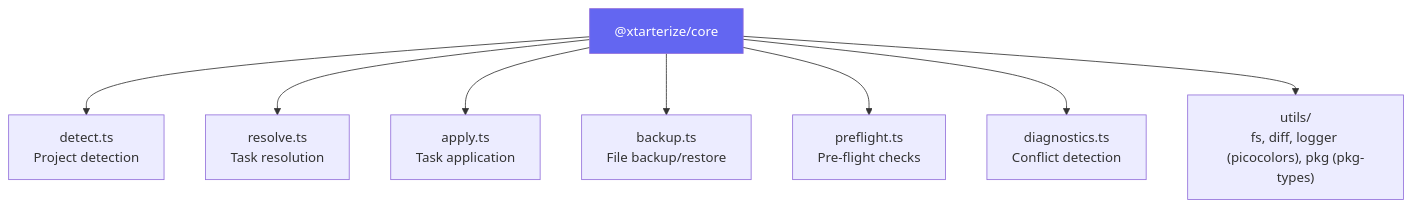
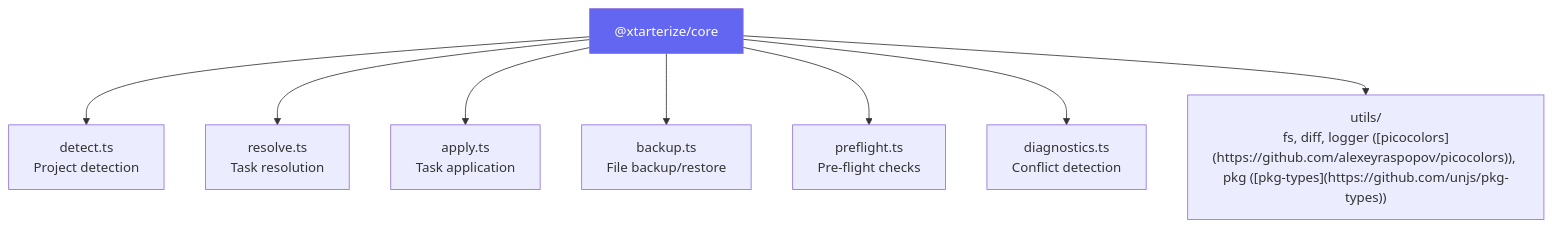
The third of 4 diagrams in apps/docs/src/content/docs/contributing/architecture/overview.mdx (agustinusnathaniel/xtarterize), drawn with Mermaid before and after one commit. The commit also changed other lines of this file and 12 other files, not shown here.

````diff
--- a/apps/docs/src/content/docs/contributing/architecture/overview.mdx
+++ b/apps/docs/src/content/docs/contributing/architecture/overview.mdx
@@ -88,12 +88,12 @@
 ```mermaid
 flowchart TD
     Core["@xtarterize/core"] --> Detect["detect.ts<br/>Project detection"]
     Core --> Resolve["resolve.ts<br/>Task resolution"]
     Core --> Apply["apply.ts<br/>Task application"]
     Core --> Backup["backup.ts<br/>File backup/restore"]
     Core --> Preflight["preflight.ts<br/>Pre-flight checks"]
     Core --> Diagnostics["diagnostics.ts<br/>Conflict detection"]
-    Core --> Utils["utils/<br/>fs, diff, logger (picocolors), pkg (pkg-types)"]
+    Core --> Utils["utils/<br/>fs, diff, logger ([picocolors](https://github.com/alexeyraspopov/picocolors)), pkg ([pkg-types](https://github.com/unjs/pkg-types))"]
     
     style Core fill:#6366f1,color:#fff
 ```
````
